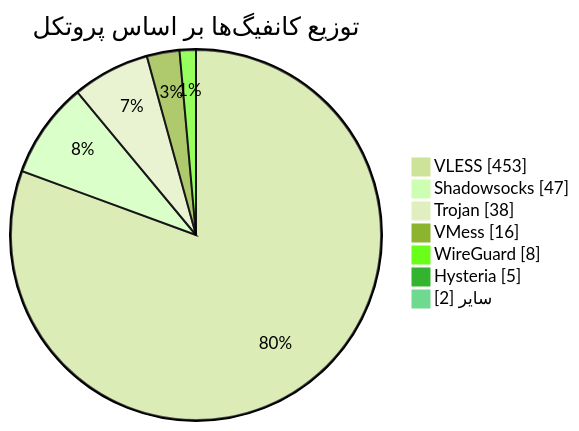
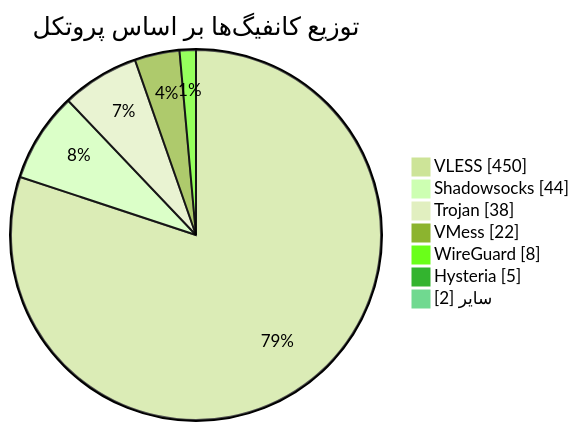
One commit to Arian-Alijani/Somthing changed the diagram in README.md. Above: the diagram before and after it, drawn with Mermaid (forest theme). The commit also changed other lines of this file and 73 other files, not shown here.

````diff
--- a/README.md
+++ b/README.md
@@ -49,11 +49,11 @@
 ```mermaid
 pie showData
     title توزیع کانفیگ‌ها بر اساس پروتکل
-    "VLESS" : 453
-    "Shadowsocks" : 47
+    "VLESS" : 450
+    "Shadowsocks" : 44
     "Trojan" : 38
-    "VMess" : 16
+    "VMess" : 22
     "WireGuard" : 8
     "Hysteria" : 5
     "سایر" : 2
 ```
````
